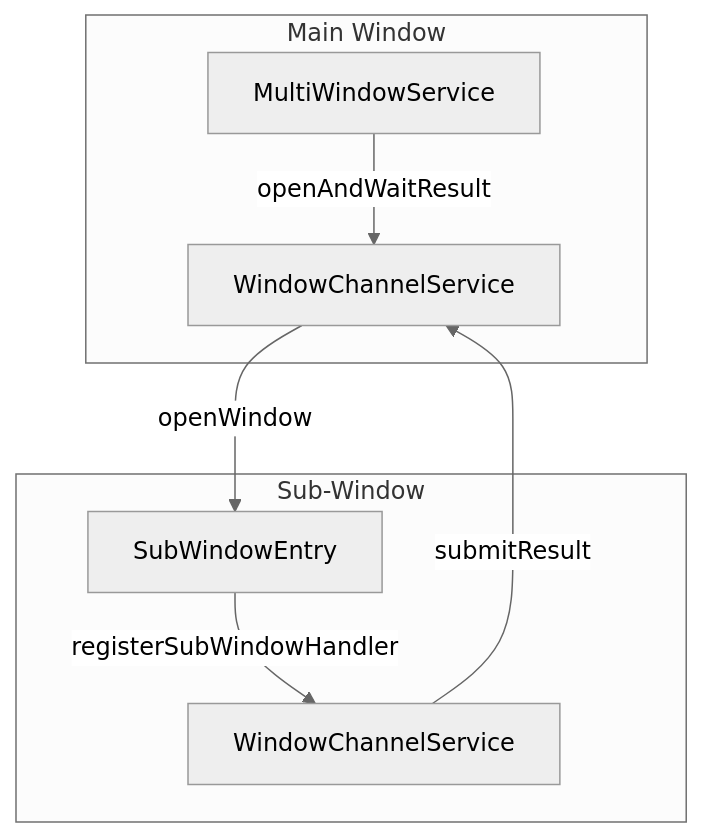
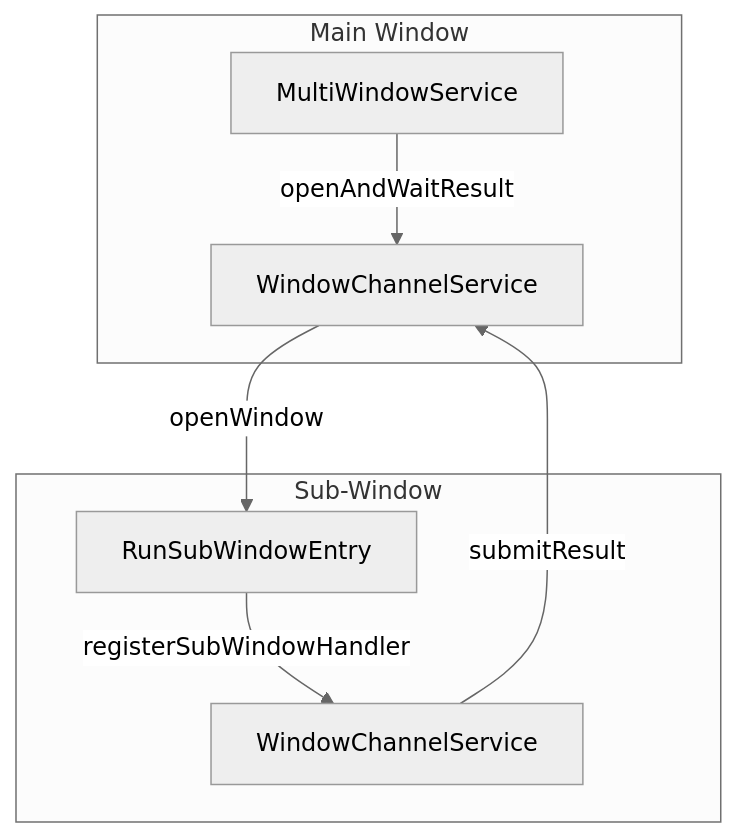
One commit to vartec-chs/Hoplixi changed the diagram in docs-ai/multi-window-architecture.md. Above: the diagram before and after it, drawn with Mermaid (neutral theme). The commit also changed other lines of this file and 5 other files, not shown here.

First line of the commit message:
refactor(multi-window): move entry point and screens to feature-based structure

````diff
--- a/docs-ai/multi-window-architecture.md
+++ b/docs-ai/multi-window-architecture.md
@@ -14,17 +14,17 @@
 ```mermaid
 graph TD
     subgraph Main Window
         MWS[MultiWindowService]
         WCS_Main[WindowChannelService]
     end
 
     subgraph Sub-Window
-        SW_Entry[SubWindowEntry]
+        SW_Entry[RunSubWindowEntry]
         WCS_Sub[WindowChannelService]
     end
 
     MWS -->|openAndWaitResult| WCS_Main
     WCS_Main -->|openWindow| SW_Entry
     SW_Entry -->|registerSubWindowHandler| WCS_Sub
     WCS_Sub -->|submitResult| WCS_Main
 ```
````
